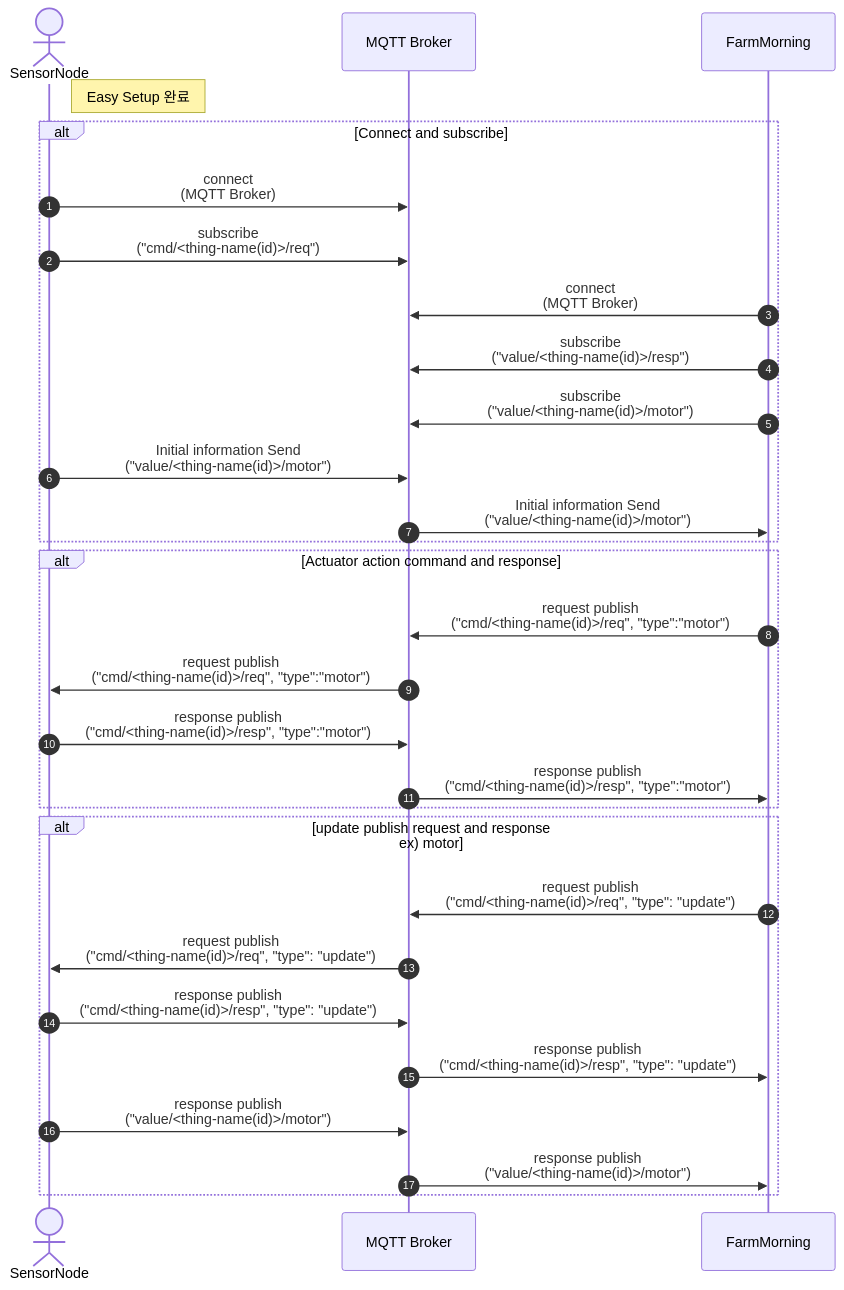
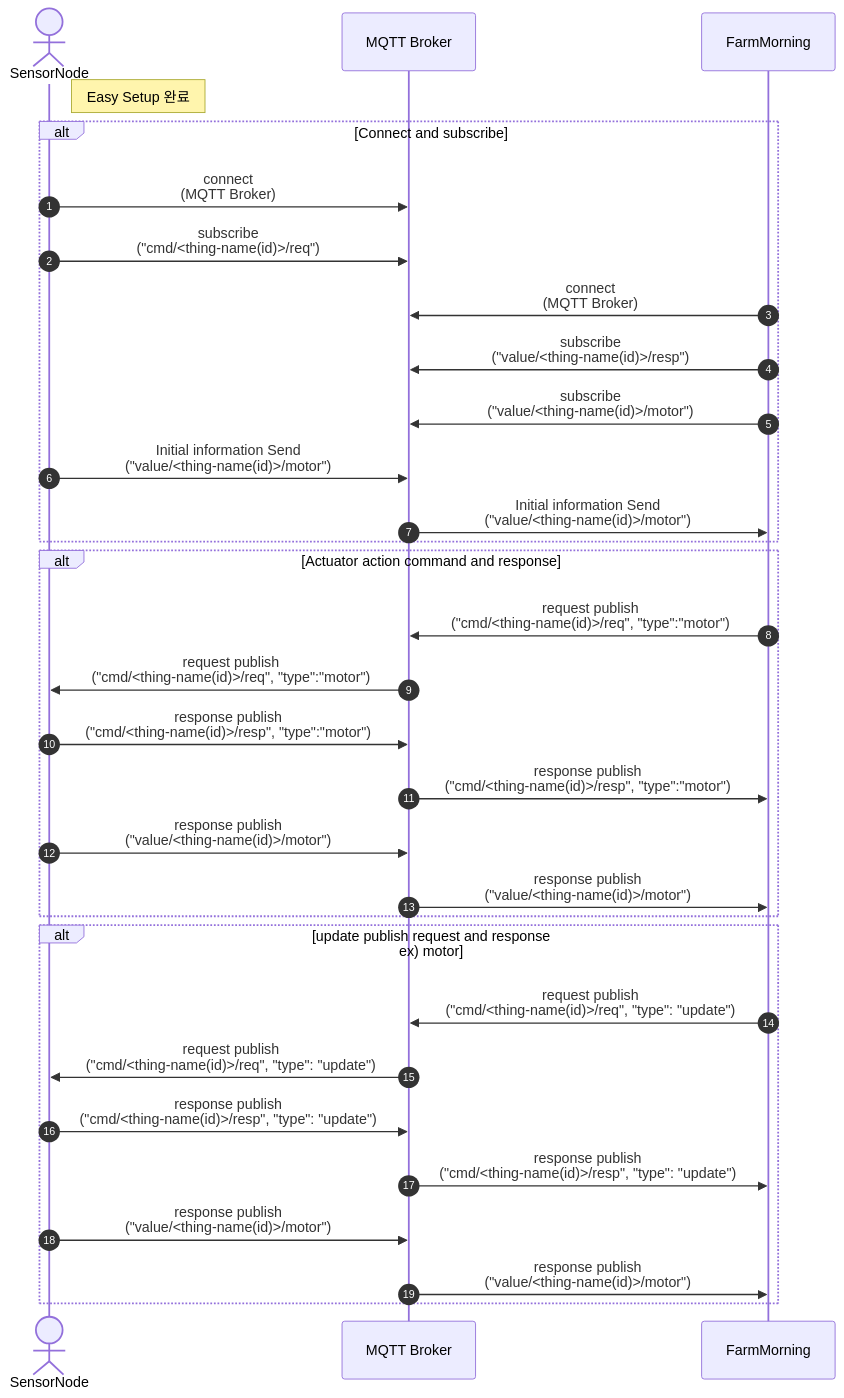
The third of 3 diagrams in docs/mqtt.md (sihyun-noh/scale_with_esp_idf), drawn with Mermaid before and after one commit. The commit also changed other lines of this file and 4 other files, not shown here.

````diff
--- a/docs/mqtt.md
+++ b/docs/mqtt.md
@@ -467,38 +467,40 @@
 ```mermaid
 sequenceDiagram
 autonumber
 
 actor SensorNode
 participant MQTT Broker
 participant FarmMorning
 
 Note right of SensorNode: Easy Setup 완료
 alt Connect and subscribe
 
 SensorNode->>MQTT Broker: connect<br>(MQTT Broker)
 SensorNode->>MQTT Broker: subscribe<br>("cmd/<thing-name(id)>/req")
 
 FarmMorning->>MQTT Broker: connect<br>(MQTT Broker)
 FarmMorning->>MQTT Broker: subscribe<br>("value/<thing-name(id)>/resp")
 FarmMorning->>MQTT Broker: subscribe<br>("value/<thing-name(id)>/motor")
 
 SensorNode->>MQTT Broker: Initial information Send<br>("value/<thing-name(id)>/motor")
 MQTT Broker->>FarmMorning: Initial information Send<br>("value/<thing-name(id)>/motor")
 end
 
 alt Actuator action command and response
 FarmMorning->>MQTT Broker: request publish<br>("cmd/<thing-name(id)>/req", "type":"motor")
 MQTT Broker->>SensorNode: request publish<br>("cmd/<thing-name(id)>/req", "type":"motor")
 SensorNode->>MQTT Broker: response publish<br>("cmd/<thing-name(id)>/resp", "type":"motor")
 MQTT Broker->>FarmMorning: response publish<br>("cmd/<thing-name(id)>/resp", "type":"motor")
+SensorNode->>MQTT Broker: response publish<br>("value/<thing-name(id)>/motor")
+MQTT Broker->>FarmMorning: response publish<br>("value/<thing-name(id)>/motor")
 end
 
 alt update publish request and response<br> ex) motor
 FarmMorning->>MQTT Broker: request publish<br>("cmd/<thing-name(id)>/req", "type": "update")
 MQTT Broker->>SensorNode: request publish<br>("cmd/<thing-name(id)>/req", "type": "update")
 SensorNode->>MQTT Broker: response publish<br>("cmd/<thing-name(id)>/resp", "type": "update")
 MQTT Broker->>FarmMorning: response publish<br>("cmd/<thing-name(id)>/resp", "type": "update")
 SensorNode->>MQTT Broker: response publish<br>("value/<thing-name(id)>/motor")
 MQTT Broker->>FarmMorning: response publish<br>("value/<thing-name(id)>/motor")
 end
 ```
````
